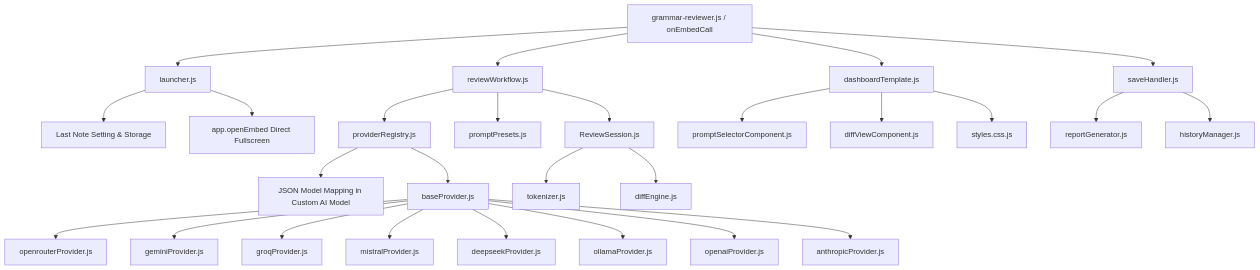
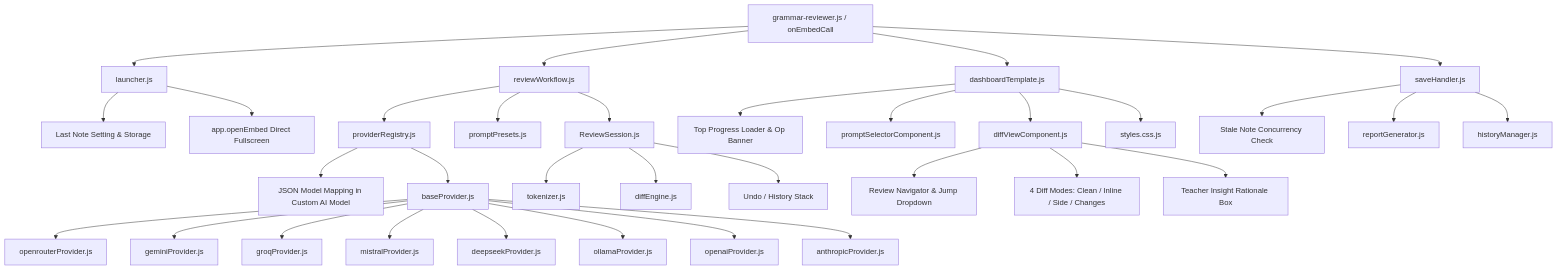
One commit to krishnakanthb13/anp-23-grammar-reviewer changed the diagram in CODE_DOCUMENTATION.md. Above: the diagram before and after it, drawn with Mermaid. The commit also changed other lines of this file and 20 other files, not shown here.

First line of the commit message:
v0.0.7 - feat(review): enhance diff engine, sentence reconstruction, ...

````diff
--- a/CODE_DOCUMENTATION.md
+++ b/CODE_DOCUMENTATION.md
@@ -7,35 +7,41 @@
 ```mermaid
 graph TD
     Entry[grammar-reviewer.js / onEmbedCall] --> Launcher[launcher.js]
     Entry --> ReviewWorkflow[reviewWorkflow.js]
     Entry --> CommitManager[saveHandler.js]
     
     Launcher --> NoteMemory[Last Note Setting & Storage]
     Launcher --> DirectEmbed[app.openEmbed Direct Fullscreen]
     
     ReviewWorkflow --> Session[ReviewSession.js]
     ReviewWorkflow --> PromptPresets[promptPresets.js]
     ReviewWorkflow --> ProviderRegistry[providerRegistry.js]
     
     ProviderRegistry --> PerProviderModelMap[JSON Model Mapping in Custom AI Model]
     ProviderRegistry --> BaseProvider[baseProvider.js]
     BaseProvider --> OpenRouter[openrouterProvider.js]
     BaseProvider --> Gemini[geminiProvider.js]
     BaseProvider --> Groq[groqProvider.js]
     BaseProvider --> Mistral[mistralProvider.js]
     BaseProvider --> DeepSeek[deepseekProvider.js]
     BaseProvider --> Ollama[ollamaProvider.js]
     BaseProvider --> OpenAI[openaiProvider.js]
     BaseProvider --> Anthropic[anthropicProvider.js]
     
     Session --> Tokenizer[tokenizer.js]
     Session --> DiffEngine[diffEngine.js]
+    Session --> UndoStack[Undo / History Stack]
     
     Entry --> Dashboard[dashboardTemplate.js]
+    Dashboard --> TopLoader[Top Progress Loader & Op Banner]
     Dashboard --> SidebarPanel[promptSelectorComponent.js]
     Dashboard --> DiffCard[diffViewComponent.js]
+    DiffCard --> ReviewNavigator[Review Navigator & Jump Dropdown]
+    DiffCard --> DiffModes[4 Diff Modes: Clean / Inline / Side / Changes]
+    DiffCard --> TeacherInsight[Teacher Insight Rationale Box]
     Dashboard --> Styles[styles.css.js]
     
+    CommitManager --> StaleGuard[Stale Note Concurrency Check]
     CommitManager --> ReportGen[reportGenerator.js]
     CommitManager --> HistoryMgr[historyManager.js]
 ```
````
